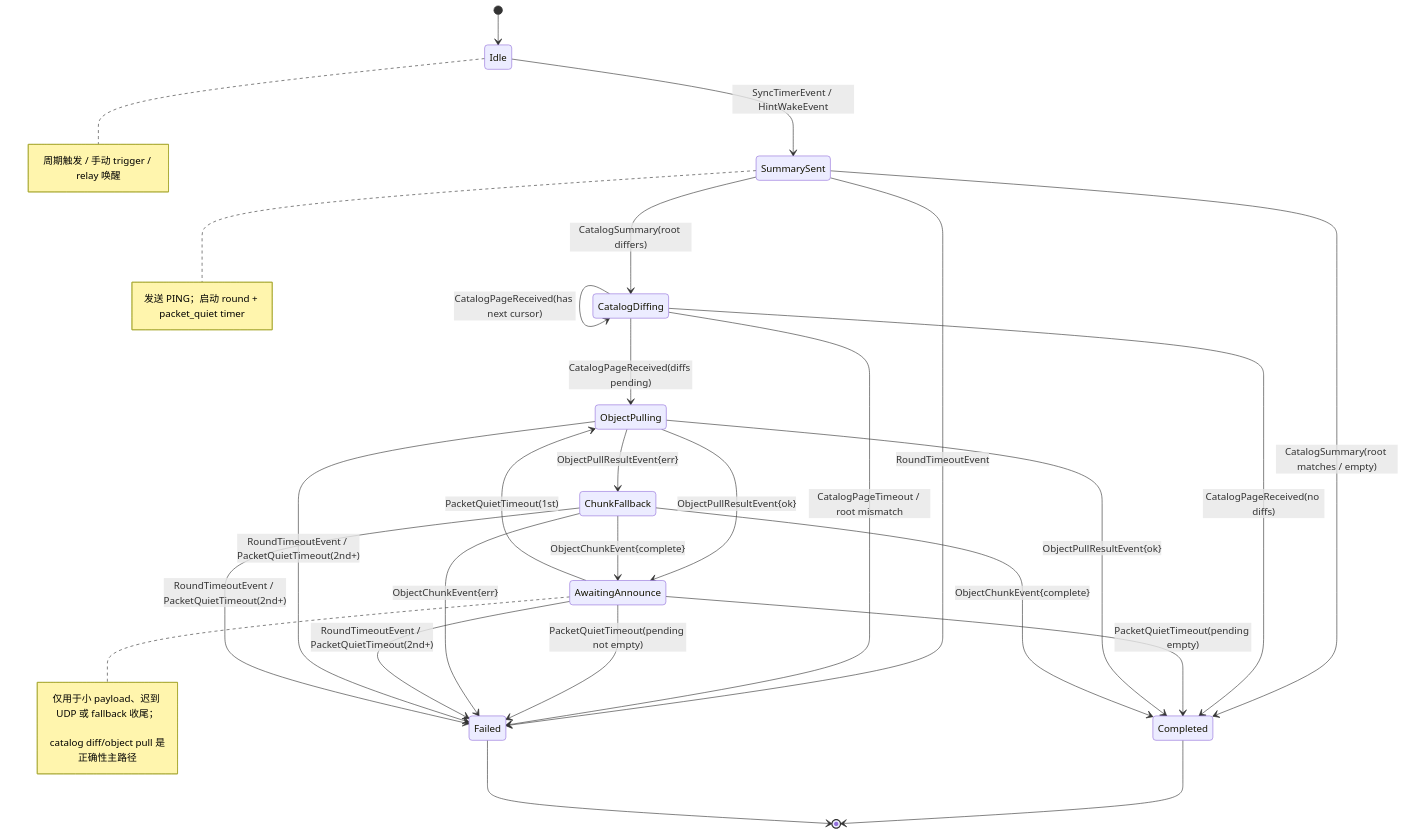
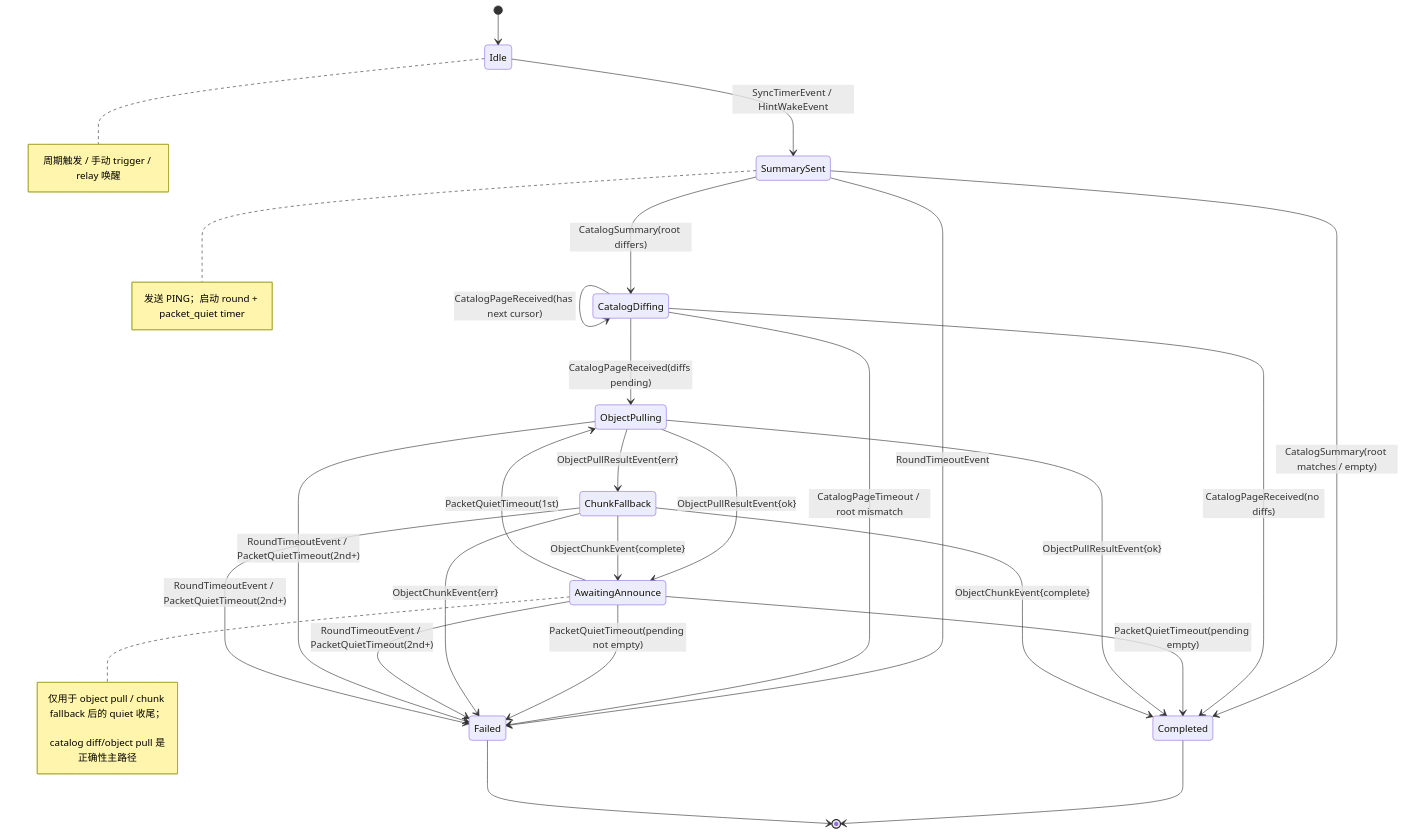
The diagram in docs/phase6-event-driven-design.md (HiggsNet/higgs), drawn with Mermaid before and after one commit. The commit also changed other lines of this file and 13 other files, not shown here.

````diff
--- a/docs/phase6-event-driven-design.md
+++ b/docs/phase6-event-driven-design.md
@@ -99,44 +99,44 @@
 ```mermaid
 stateDiagram-v2
     [*] --> Idle
 
     Idle --> SummarySent : SyncTimerEvent / HintWakeEvent
     note right of Idle
       周期触发 / 手动 trigger / relay 唤醒
     end note
 
     SummarySent --> Completed : CatalogSummary(root matches / empty)
     SummarySent --> CatalogDiffing : CatalogSummary(root differs)
     SummarySent --> Failed : RoundTimeoutEvent
     note right of SummarySent
       发送 PING；启动 round + packet_quiet timer
     end note
 
     CatalogDiffing --> CatalogDiffing : CatalogPageReceived(has next cursor)
     CatalogDiffing --> ObjectPulling : CatalogPageReceived(diffs pending)
     CatalogDiffing --> Completed : CatalogPageReceived(no diffs)
     CatalogDiffing --> Failed : CatalogPageTimeout / root mismatch
 
     AwaitingAnnounce --> ObjectPulling : PacketQuietTimeout(1st)
     AwaitingAnnounce --> Completed : PacketQuietTimeout(pending empty)
     AwaitingAnnounce --> Failed : PacketQuietTimeout(pending not empty)
     note right of AwaitingAnnounce
-      仅用于小 payload、迟到 UDP 或 fallback 收尾；<br/>
+      仅用于 object pull / chunk fallback 后的 quiet 收尾；<br/>
       catalog diff/object pull 是正确性主路径
     end note
 
     ObjectPulling --> AwaitingAnnounce : ObjectPullResultEvent{ok}
     ObjectPulling --> Completed : ObjectPullResultEvent{ok}
     ObjectPulling --> ChunkFallback : ObjectPullResultEvent{err}
 
     ChunkFallback --> AwaitingAnnounce : ObjectChunkEvent{complete}
     ChunkFallback --> Completed : ObjectChunkEvent{complete}
     ChunkFallback --> Failed : ObjectChunkEvent{err}
 
     AwaitingAnnounce --> Failed : RoundTimeoutEvent / PacketQuietTimeout(2nd+)
     ObjectPulling --> Failed : RoundTimeoutEvent / PacketQuietTimeout(2nd+)
     ChunkFallback --> Failed : RoundTimeoutEvent / PacketQuietTimeout(2nd+)
 
     Completed --> [*]
     Failed --> [*]
 ```
````
